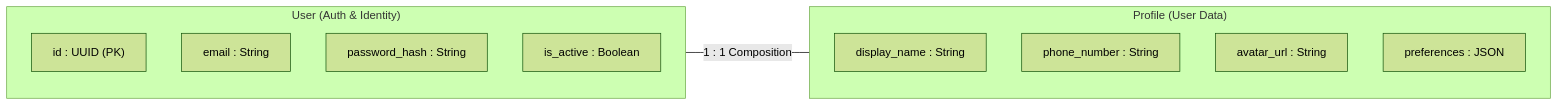
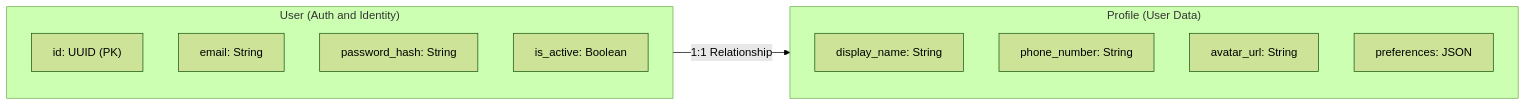
The third of 8 diagrams in content/articles/2026/django-application-design-from-requirements-to-production.md (bendeze/portfolio-frontend), drawn with Mermaid (forest theme) before and after one commit. The commit also changed other lines of this file and 2 other files, not shown here.

Commit message:
fix(diagrams): optimize font sizing, compact dimensions, and fix Section 3 mermaid syntax

````diff
--- a/content/articles/2026/django-application-design-from-requirements-to-production.md
+++ b/content/articles/2026/django-application-design-from-requirements-to-production.md
@@ -149,18 +149,18 @@
 ```mermaid
 flowchart LR
-    subgraph UserEntity ["User (Auth & Identity)"]
-        U1["id : UUID (PK)"]
-        U2["email : String"]
-        U3["password_hash : String"]
-        U4["is_active : Boolean"]
+    subgraph User ["User (Auth and Identity)"]
+        U1["id: UUID (PK)"]
+        U2["email: String"]
+        U3["password_hash: String"]
+        U4["is_active: Boolean"]
     end
 
-    subgraph ProfileEntity ["Profile (User Data)"]
-        P1["display_name : String"]
-        P2["phone_number : String"]
-        P3["avatar_url : String"]
-        P4["preferences : JSON"]
+    subgraph Profile ["Profile (User Data)"]
+        P1["display_name: String"]
+        P2["phone_number: String"]
+        P3["avatar_url: String"]
+        P4["preferences: JSON"]
     end
 
-    UserEntity --- |"1 : 1 Composition"| ProfileEntity
+    User -->|"1:1 Relationship"| Profile
 ```
````
